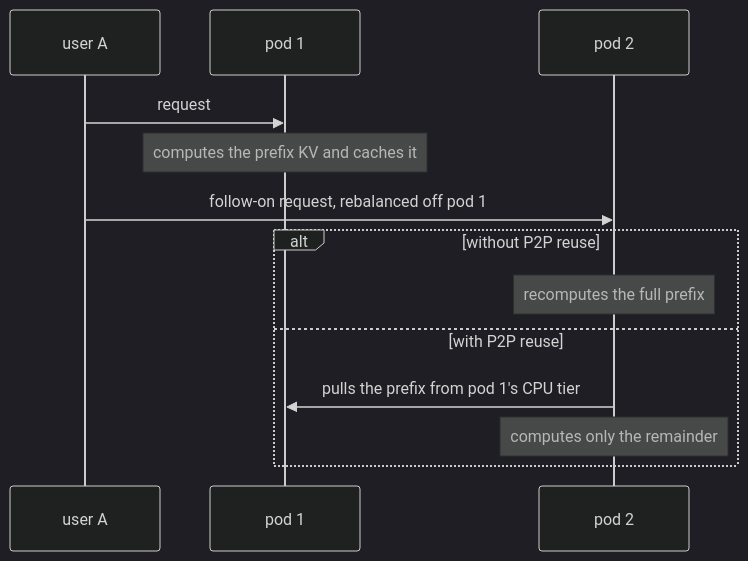
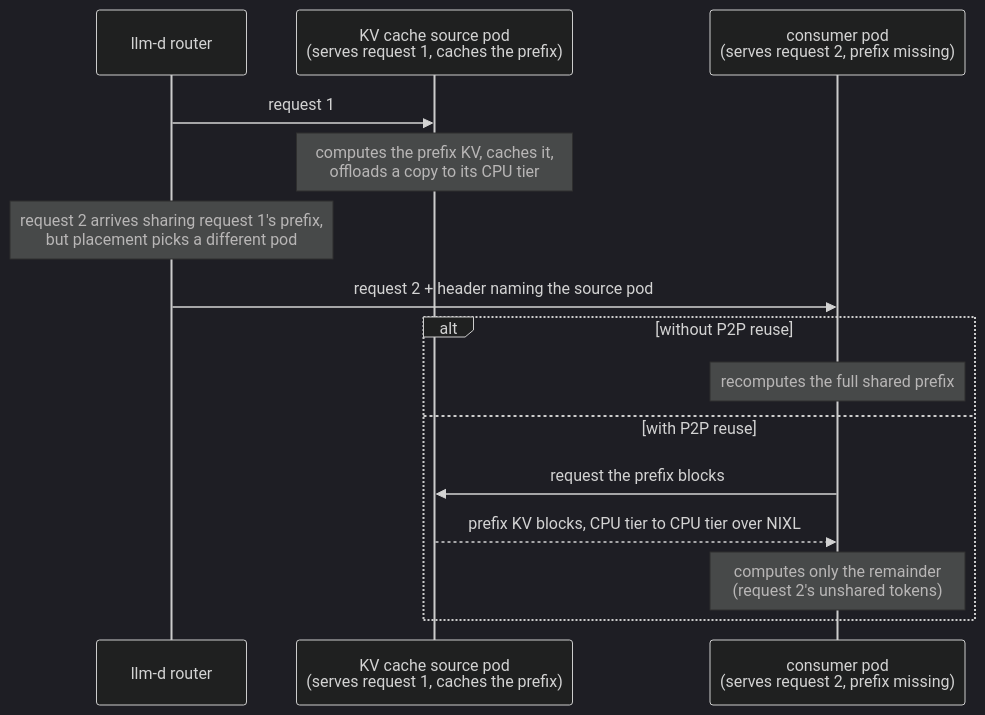
Before and after one commit to llm-d/llm-d: the diagram in docs/well-lit-paths/foundations/enable-p2p-reuse.md, drawn with Mermaid (dark theme). The commit also changed other lines of this file and 1 other file, not shown here.

Commit message:
docs(p2p): name diagram roles source/consumer; explain the shared prefix
The reuse sequence diagram names its participants by role - the KV cache
source pod (served request 1, holds the prefix in its CPU tier) and the
consumer pod - includes the router that names the source on the request,
and the surrounding text explains when two requests share a prefix. Also
follows the final remote_kv_source key name missed in this file, and makes
the GLM report's control description key-name-agnostic.

````diff
--- a/docs/well-lit-paths/foundations/enable-p2p-reuse.md
+++ b/docs/well-lit-paths/foundations/enable-p2p-reuse.md
@@ -18,15 +27,17 @@
 ```mermaid
 sequenceDiagram
-    participant A as user A
-    participant P1 as pod 1
-    participant P2 as pod 2
-    A->>P1: request
-    Note over P1: computes the prefix KV and caches it
-    A->>P2: follow-on request, rebalanced off pod 1
+    participant R as llm-d router
+    participant S as KV cache source pod<br/>(serves request 1, caches the prefix)
+    participant C as consumer pod<br/>(serves request 2, prefix missing)
+    R->>S: request 1
+    Note over S: computes the prefix KV, caches it,<br/>offloads a copy to its CPU tier
+    Note over R: request 2 arrives sharing request 1's prefix,<br/>but placement picks a different pod
+    R->>C: request 2 + header naming the source pod
     alt without P2P reuse
-        Note over P2: recomputes the full prefix
+        Note over C: recomputes the full shared prefix
     else with P2P reuse
-        P2->>P1: pulls the prefix from pod 1's CPU tier
-        Note over P2: computes only the remainder
+        C->>S: request the prefix blocks
+        S-->>C: prefix KV blocks, CPU tier to CPU tier over NIXL
+        Note over C: computes only the remainder<br/>(request 2's unshared tokens)
     end
 ```
````
